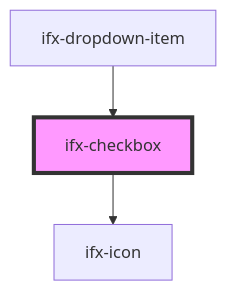
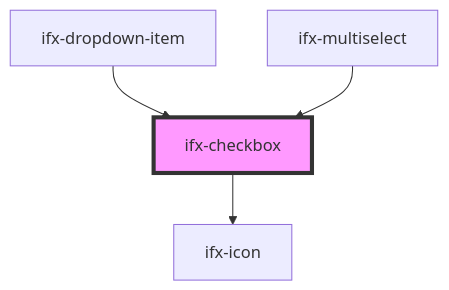
Before and after one commit to Infineon/infineon-design-system-stencil: the diagram in packages/components/src/components/checkbox/readme.md, drawn with Mermaid. The commit also changed other lines of this file and 7 other files, not shown here.

````diff
--- a/packages/components/src/components/checkbox/readme.md
+++ b/packages/components/src/components/checkbox/readme.md
@@ -36,6 +37,7 @@
 ```mermaid
 graph TD;
   ifx-checkbox --> ifx-icon
   ifx-dropdown-item --> ifx-checkbox
+  ifx-multiselect --> ifx-checkbox
   style ifx-checkbox fill:#f9f,stroke:#333,stroke-width:4px
 ```
````
